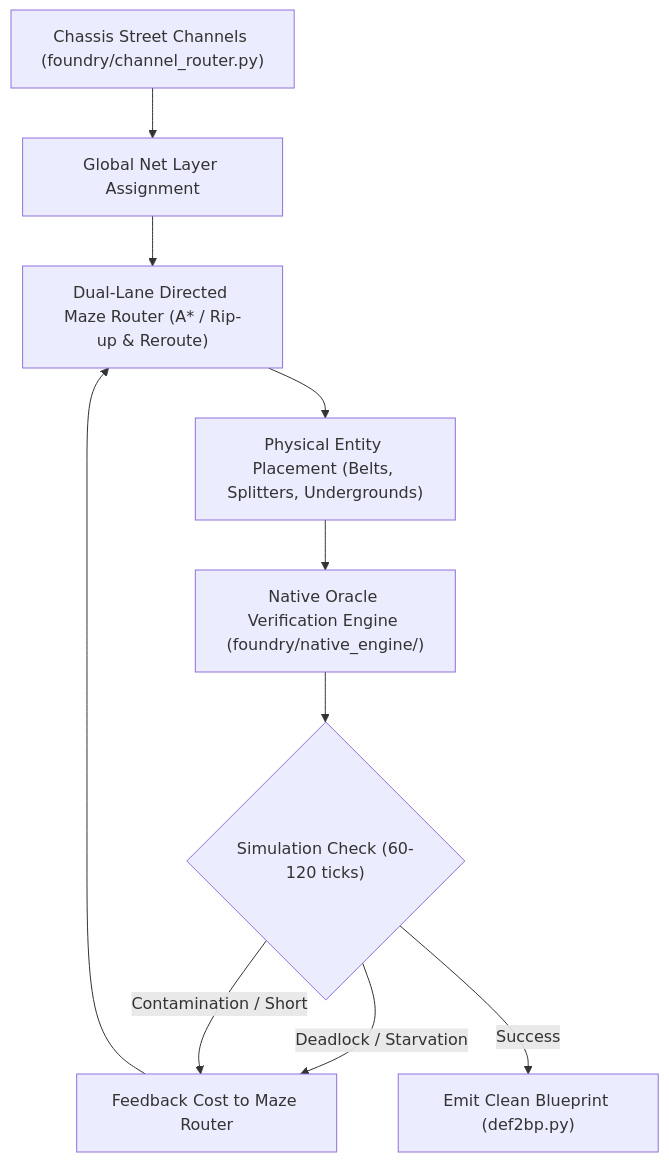
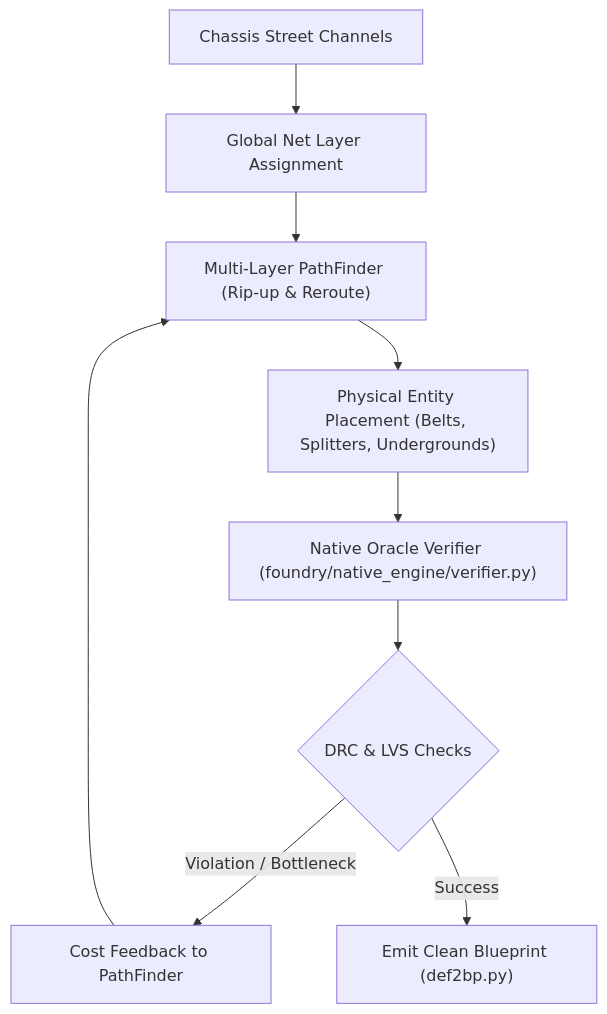
The diagram in docs/native_router_architecture.md (atvrager/factorilog), drawn with Mermaid before and after one commit. The commit also changed other lines of this file, not shown here.

First line of the commit message:
Update router architecture with multi-layer model

````diff
--- a/docs/native_router_architecture.md
+++ b/docs/native_router_architecture.md
@@ -125,12 +154,11 @@
 ```mermaid
 flowchart TD
-    A["Chassis Street Channels (foundry/channel_router.py)"] --> B["Global Net Layer Assignment"]
-    B --> C["Dual-Lane Directed Maze Router (A* / Rip-up & Reroute)"]
+    A["Chassis Street Channels"] --> B["Global Net Layer Assignment"]
+    B --> C["Multi-Layer PathFinder (Rip-up & Reroute)"]
     C --> D["Physical Entity Placement (Belts, Splitters, Undergrounds)"]
-    D --> E["Native Oracle Verification Engine (foundry/native_engine/)"]
-    E --> F{"Simulation Check (60-120 ticks)"}
-    F -->|Deadlock / Starvation| G["Feedback Cost to Maze Router"]
+    D --> E["Native Oracle Verifier (foundry/native_engine/verifier.py)"]
+    E --> F{"DRC & LVS Checks"}
+    F -->|Violation / Bottleneck| G["Cost Feedback to PathFinder"]
     G --> C
-    F -->|Contamination / Short| G
     F -->|Success| H["Emit Clean Blueprint (def2bp.py)"]
 ```
````
